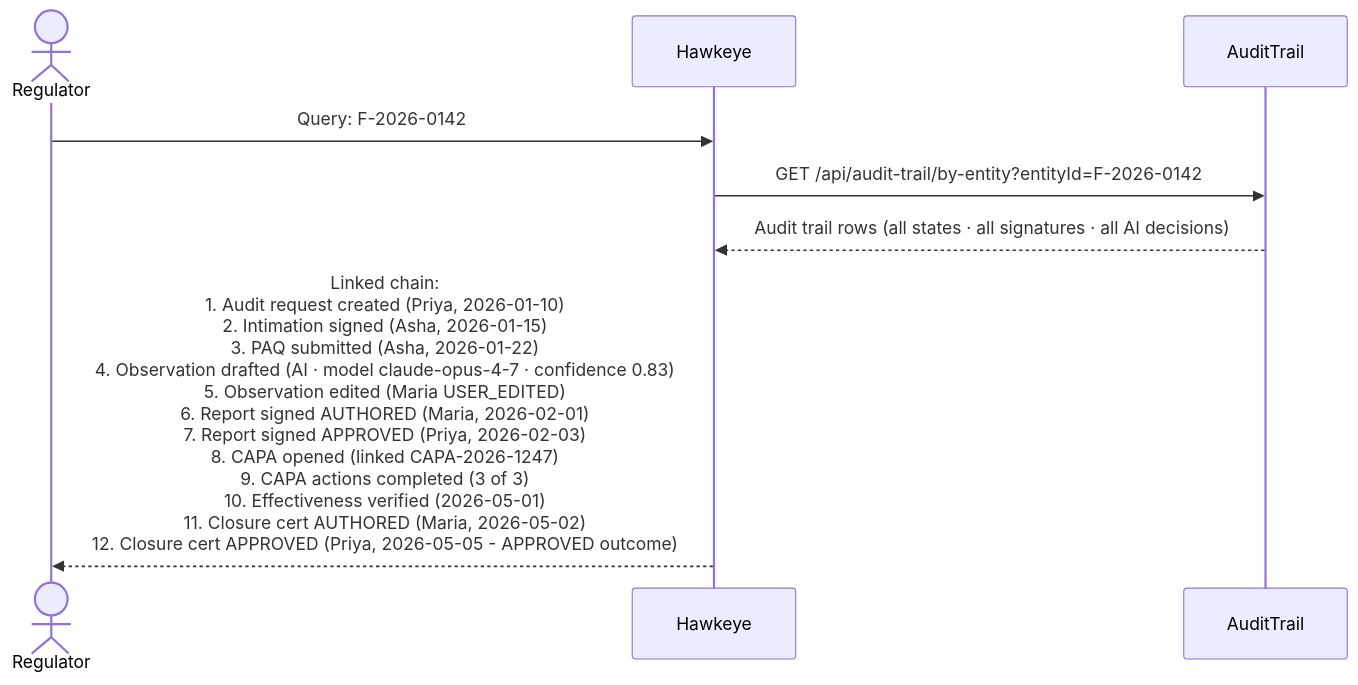
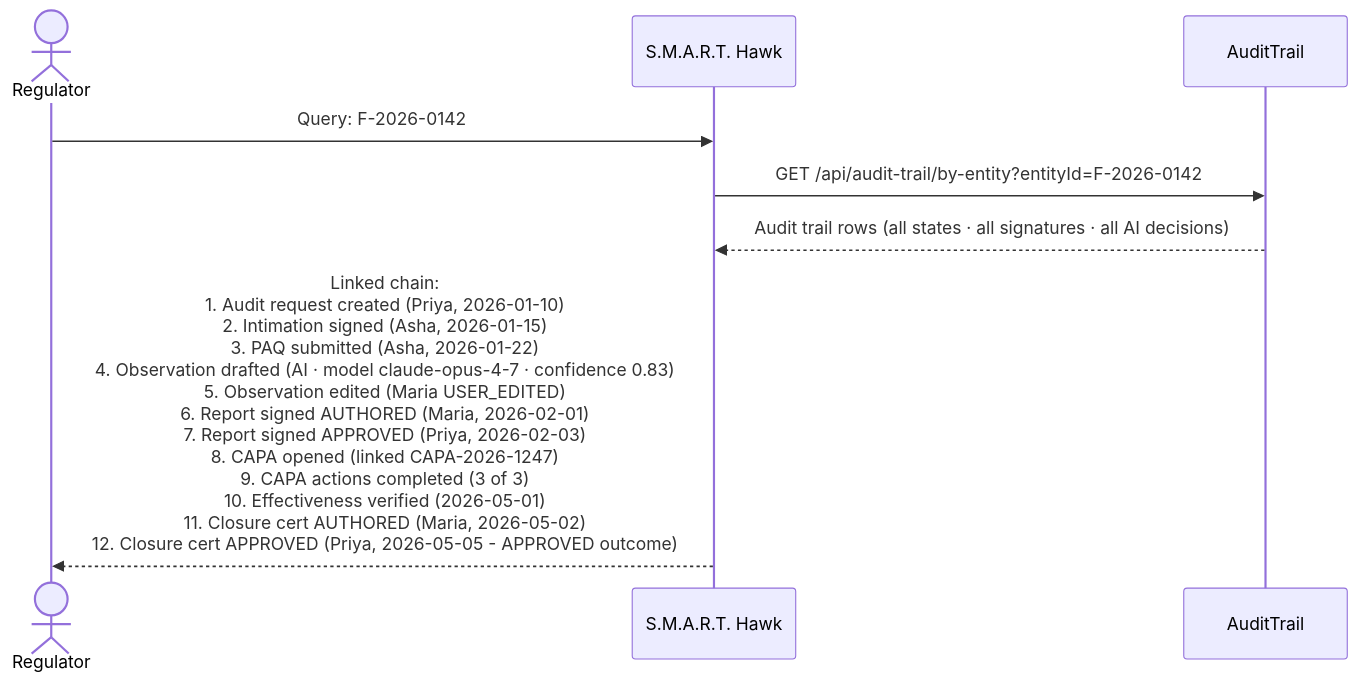
Before and after one commit to hawkeyetransact-dotcom/doc_v2: the seventh of 8 diagrams in 06-modules/audit-management/STORYBOOK.md, drawn with Mermaid. The commit also changed other lines of this file and 105 other files, not shown here.

First line of the commit message:
Rebrand docs: Hawkeye -> S.M.A.R.T. Hawk; S.M.A.R.T. five-pillar pipeline

````diff
--- a/06-modules/audit-management/STORYBOOK.md
+++ b/06-modules/audit-management/STORYBOOK.md
@@ -293,11 +293,11 @@
 ```mermaid
 sequenceDiagram
     actor Regulator
-    participant Hawkeye
+    participant S.M.A.R.T. Hawk
     participant Trail as AuditTrail
 
-    Regulator->>Hawkeye: Query: F-2026-0142
-    Hawkeye->>Trail: GET /api/audit-trail/by-entity?entityId=F-2026-0142
-    Trail-->>Hawkeye: Audit trail rows (all states · all signatures · all AI decisions)
-    Hawkeye-->>Regulator: Linked chain:<br/>1. Audit request created (Priya, 2026-01-10)<br/>2. Intimation signed (Asha, 2026-01-15)<br/>3. PAQ submitted (Asha, 2026-01-22)<br/>4. Observation drafted (AI · model claude-opus-4-7 · confidence 0.83)<br/>5. Observation edited (Maria USER_EDITED)<br/>6. Report signed AUTHORED (Maria, 2026-02-01)<br/>7. Report signed APPROVED (Priya, 2026-02-03)<br/>8. CAPA opened (linked CAPA-2026-1247)<br/>9. CAPA actions completed (3 of 3)<br/>10. Effectiveness verified (2026-05-01)<br/>11. Closure cert AUTHORED (Maria, 2026-05-02)<br/>12. Closure cert APPROVED (Priya, 2026-05-05 - APPROVED outcome)
+    Regulator->>S.M.A.R.T. Hawk: Query: F-2026-0142
+    S.M.A.R.T. Hawk->>Trail: GET /api/audit-trail/by-entity?entityId=F-2026-0142
+    Trail-->>S.M.A.R.T. Hawk: Audit trail rows (all states · all signatures · all AI decisions)
+    S.M.A.R.T. Hawk-->>Regulator: Linked chain:<br/>1. Audit request created (Priya, 2026-01-10)<br/>2. Intimation signed (Asha, 2026-01-15)<br/>3. PAQ submitted (Asha, 2026-01-22)<br/>4. Observation drafted (AI · model claude-opus-4-7 · confidence 0.83)<br/>5. Observation edited (Maria USER_EDITED)<br/>6. Report signed AUTHORED (Maria, 2026-02-01)<br/>7. Report signed APPROVED (Priya, 2026-02-03)<br/>8. CAPA opened (linked CAPA-2026-1247)<br/>9. CAPA actions completed (3 of 3)<br/>10. Effectiveness verified (2026-05-01)<br/>11. Closure cert AUTHORED (Maria, 2026-05-02)<br/>12. Closure cert APPROVED (Priya, 2026-05-05 - APPROVED outcome)
 ```
````
